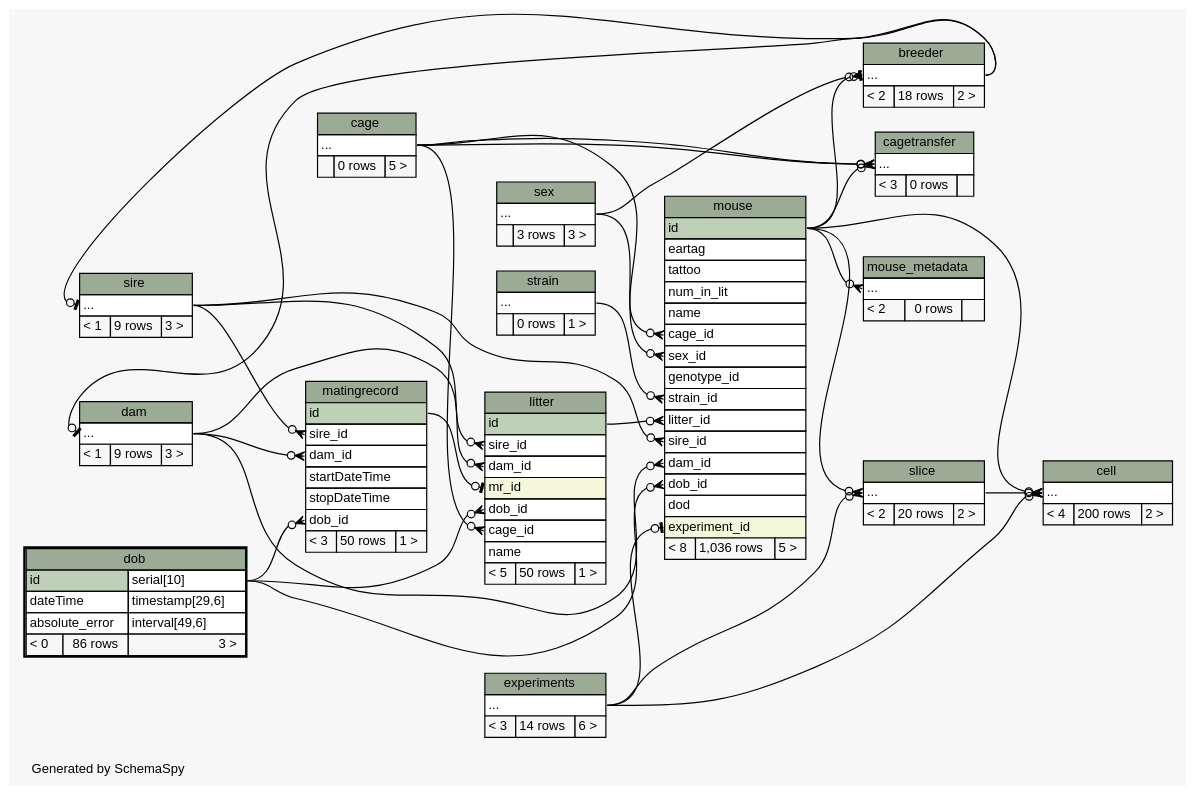
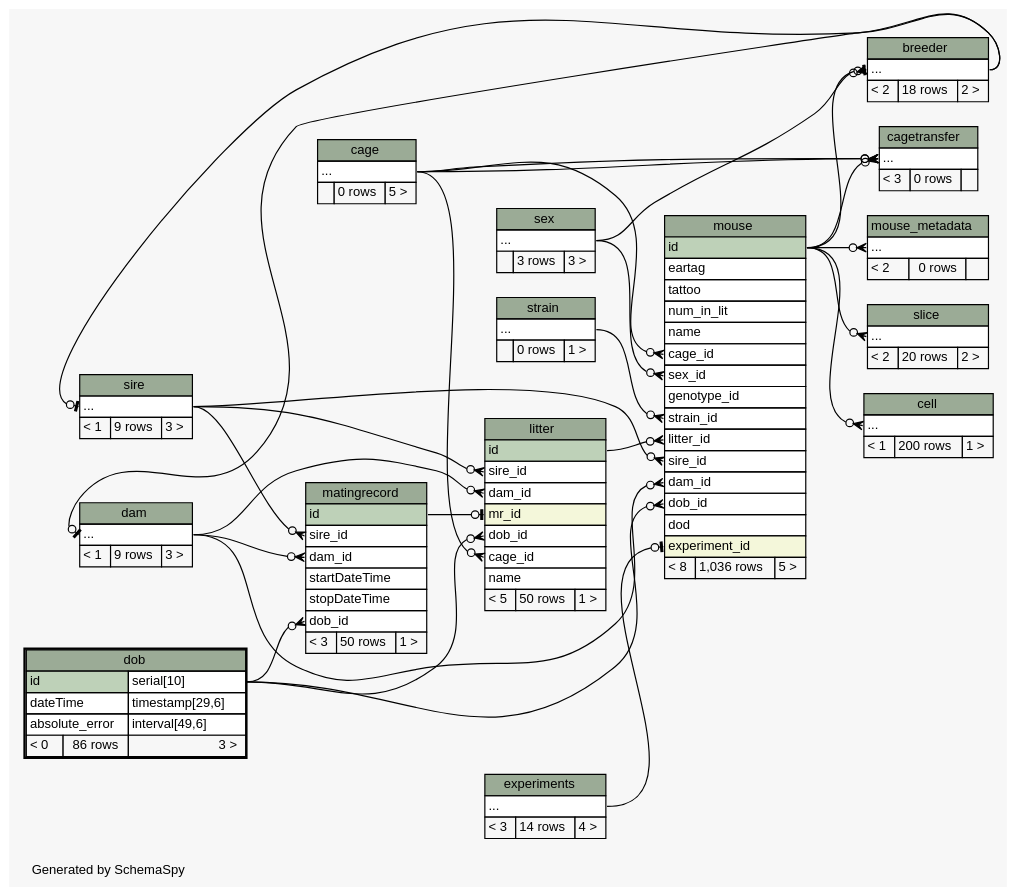
The diagram in database/ss/diagrams/dob.2degrees.dot (tgbugs/mlab), drawn with Graphviz before and after one commit. The commit also changed 193 other files, not shown here.

```diff
--- a/database/ss/diagrams/dob.2degrees.dot
+++ b/database/ss/diagrams/dob.2degrees.dot
@@ -24,9 +24,7 @@
   "cagetransfer":"elipses":w -> "mouse":"id":e [arrowhead=none dir=back arrowtail=crowodot];
   "cagetransfer":"elipses":w -> "cage":"elipses":e [arrowhead=none dir=back arrowtail=crowodot];
   "cagetransfer":"elipses":w -> "cage":"elipses":e [arrowhead=none dir=back arrowtail=crowodot];
-  "cell":"elipses":w -> "experiments":"elipses":e [arrowhead=none dir=back arrowtail=crowodot];
   "cell":"elipses":w -> "mouse":"id":e [arrowhead=none dir=back arrowtail=crowodot];
-  "cell":"elipses":w -> "slice":"elipses":e [arrowhead=none dir=back arrowtail=crowodot];
   "dam":"elipses":w -> "breeder":"elipses":e [arrowhead=none dir=back arrowtail=teeodot];
   "litter":"cage_id":w -> "cage":"elipses":e [arrowhead=none dir=back arrowtail=crowodot];
   "litter":"dam_id":w -> "dam":"elipses":e [arrowhead=none dir=back arrowtail=crowodot];
@@ -47,7 +45,6 @@
   "mouse_metadata":"elipses":w -> "mouse":"id":e [arrowhead=none dir=back arrowtail=crowodot];
   "sire":"elipses":w -> "breeder":"elipses":e [arrowhead=none dir=back arrowtail=teeodot];
   "slice":"elipses":w -> "mouse":"id":e [arrowhead=none dir=back arrowtail=crowodot];
-  "slice":"elipses":w -> "experiments":"elipses":e [arrowhead=none dir=back arrowtail=crowodot];
   "breeder" [
     label=<
     <TABLE BORDER="0" CELLBORDER="1" CELLSPACING="0" BGCOLOR="#ffffff">
@@ -83,7 +80,7 @@
     <TABLE BORDER="0" CELLBORDER="1" CELLSPACING="0" BGCOLOR="#ffffff">
       <TR><TD COLSPAN="3" BGCOLOR="#9bab96" ALIGN="CENTER">cell</TD></TR>
       <TR><TD PORT="elipses" COLSPAN="3" ALIGN="LEFT">...</TD></TR>
-      <TR><TD ALIGN="LEFT" BGCOLOR="#f7f7f7">&lt; 4</TD><TD ALIGN="RIGHT" BGCOLOR="#f7f7f7">200 rows</TD><TD ALIGN="RIGHT" BGCOLOR="#f7f7f7">2 &gt;</TD></TR>
+      <TR><TD ALIGN="LEFT" BGCOLOR="#f7f7f7">&lt; 1</TD><TD ALIGN="RIGHT" BGCOLOR="#f7f7f7">200 rows</TD><TD ALIGN="RIGHT" BGCOLOR="#f7f7f7">1 &gt;</TD></TR>
     </TABLE>>
     URL="cell.html"
     tooltip="cell"
@@ -115,7 +112,7 @@
     <TABLE BORDER="0" CELLBORDER="1" CELLSPACING="0" BGCOLOR="#ffffff">
       <TR><TD COLSPAN="3" BGCOLOR="#9bab96" ALIGN="CENTER">experiments</TD></TR>
       <TR><TD PORT="elipses" COLSPAN="3" ALIGN="LEFT">...</TD></TR>
-      <TR><TD ALIGN="LEFT" BGCOLOR="#f7f7f7">&lt; 3</TD><TD ALIGN="RIGHT" BGCOLOR="#f7f7f7">14 rows</TD><TD ALIGN="RIGHT" BGCOLOR="#f7f7f7">6 &gt;</TD></TR>
+      <TR><TD ALIGN="LEFT" BGCOLOR="#f7f7f7">&lt; 3</TD><TD ALIGN="RIGHT" BGCOLOR="#f7f7f7">14 rows</TD><TD ALIGN="RIGHT" BGCOLOR="#f7f7f7">4 &gt;</TD></TR>
     </TABLE>>
     URL="experiments.html"
     tooltip="experiments"
```
